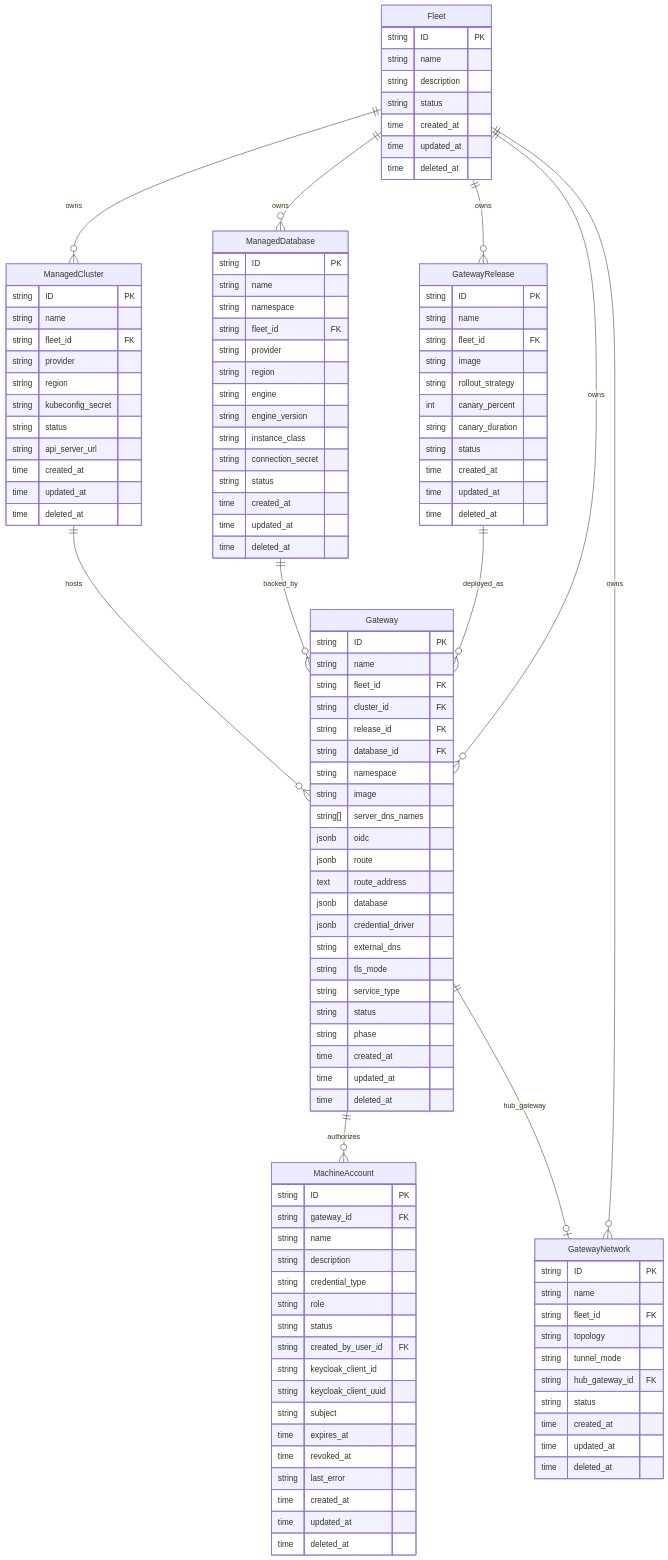
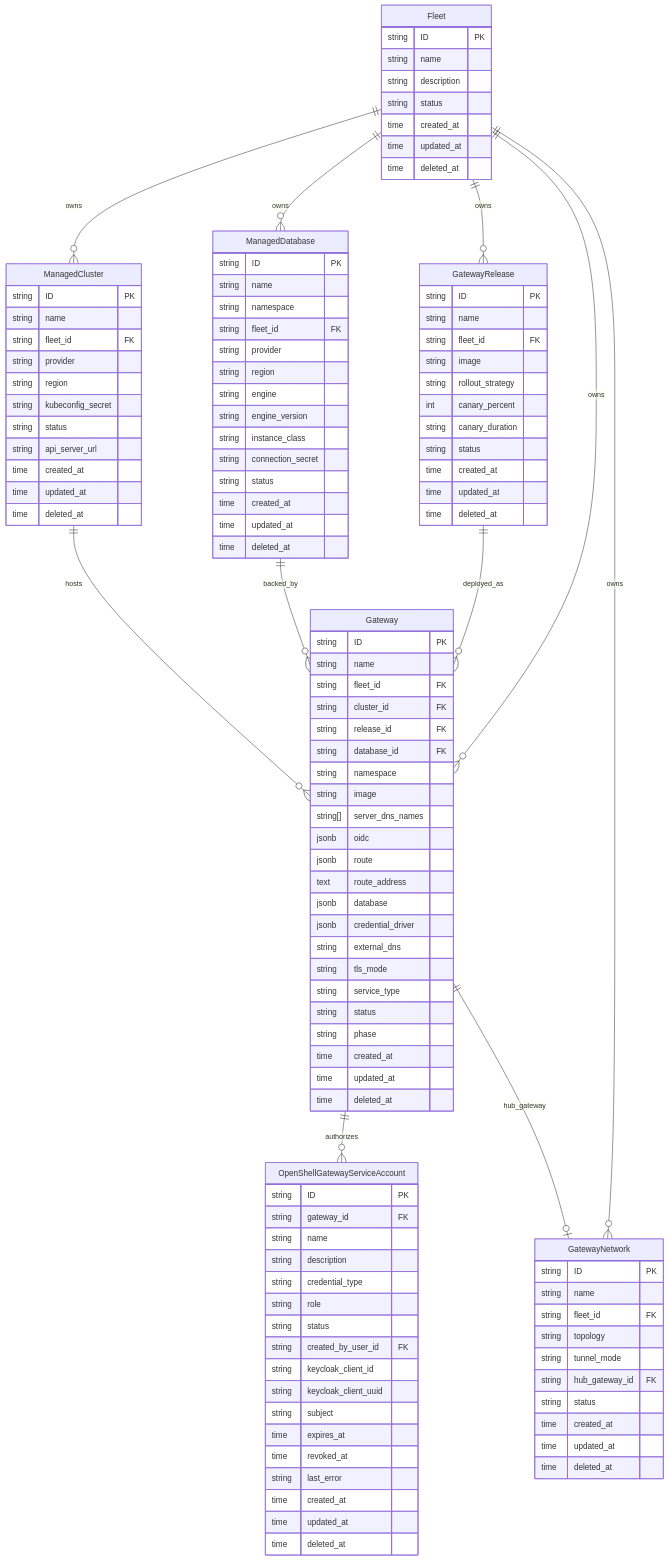
The diagram in specs/platform/data-model.spec.md (openshift-online/hypershell), drawn with Mermaid before and after one commit. The commit also changed other lines of this file and 5 other files, not shown here.

Commit message:
[HYPERSHELL-49] spec: rename to OpenShellGatewayServiceAccount

````diff
--- a/specs/platform/data-model.spec.md
+++ b/specs/platform/data-model.spec.md
@@ -104,7 +104,7 @@
         time deleted_at
     }
 
-    MachineAccount {
+    OpenShellGatewayServiceAccount {
         string ID PK
         string gateway_id FK
         string name
@@ -146,6 +146,6 @@
     ManagedCluster ||--o{ Gateway : "hosts"
     GatewayRelease ||--o{ Gateway : "deployed_as"
     ManagedDatabase ||--o{ Gateway : "backed_by"
-    Gateway ||--o{ MachineAccount : "authorizes"
+    Gateway ||--o{ OpenShellGatewayServiceAccount : "authorizes"
     Gateway ||--o| GatewayNetwork : "hub_gateway"
 ```
````
